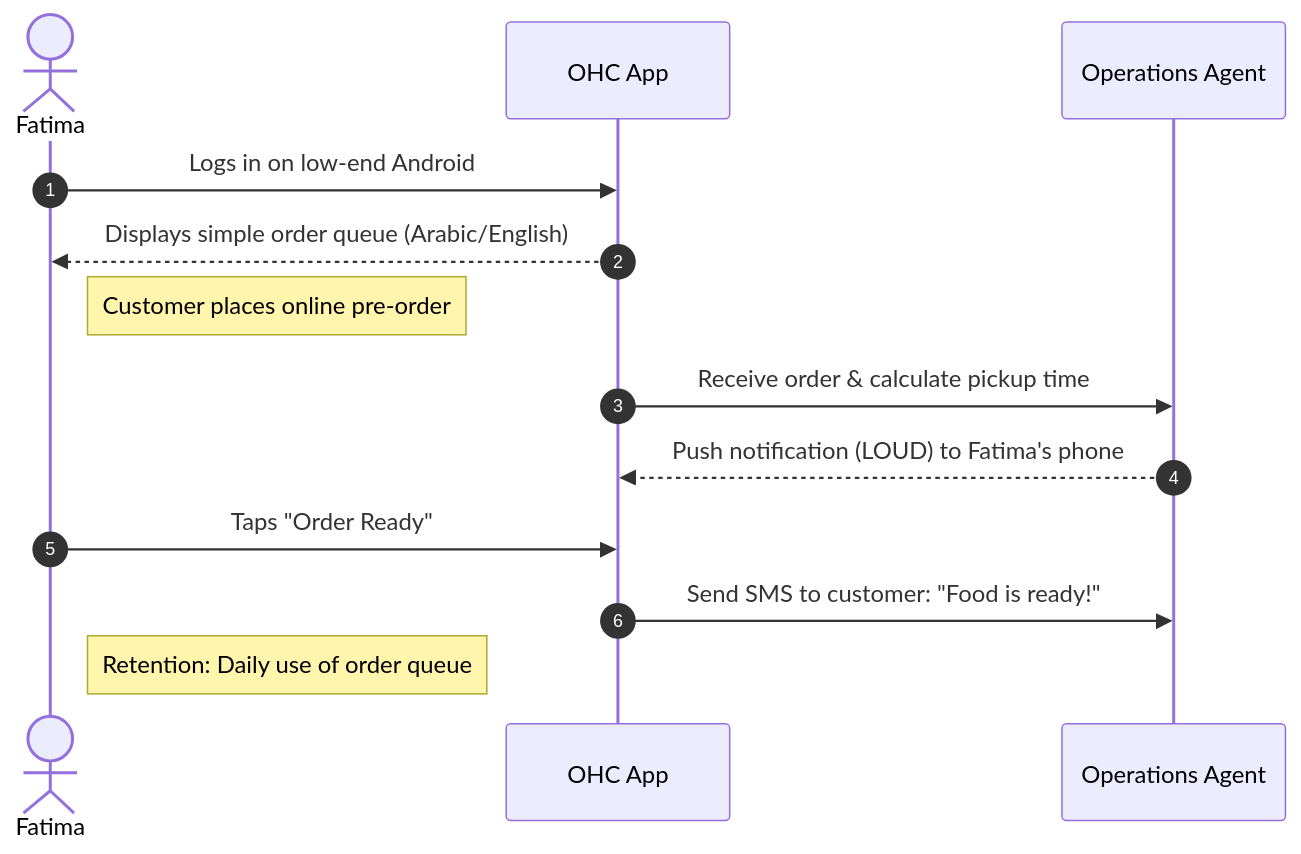
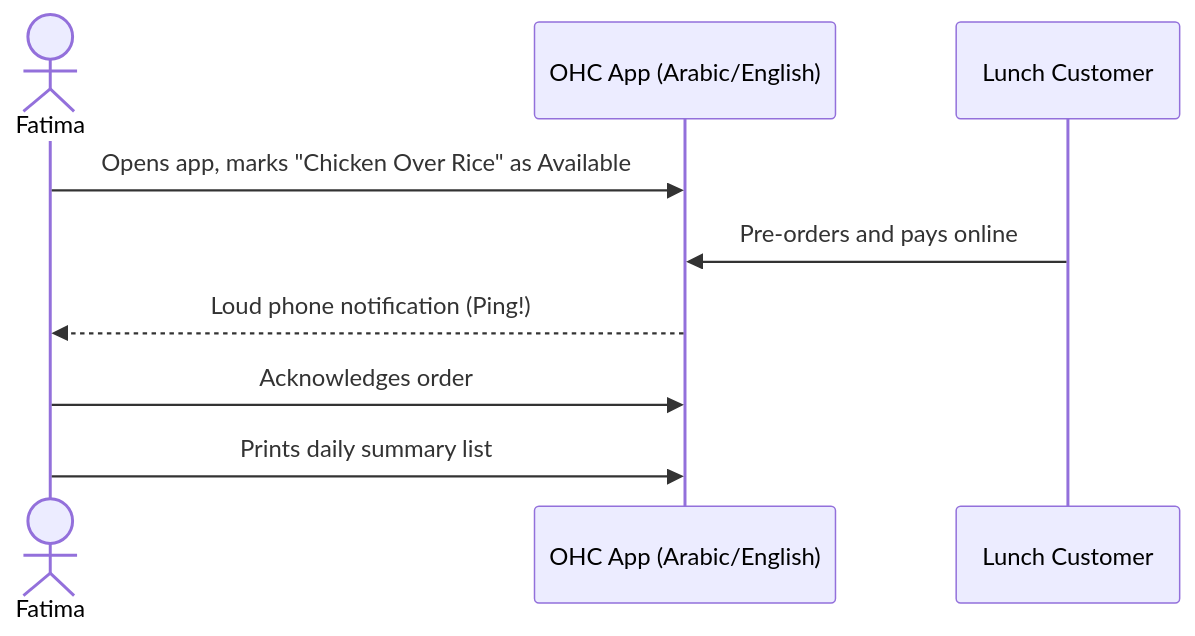
Before and after one commit to omnisolo-llc/onehumancorp: the fifth of 5 diagrams in docs/research/[architecture]_business_journey.md, drawn with Mermaid. The commit also changed other lines of this file and 195 other files, not shown here.

````diff
--- a/docs/research/[architecture]_business_journey.md
+++ b/docs/research/[architecture]_business_journey.md
@@ -133,16 +137,12 @@
 ```mermaid
 sequenceDiagram
-    autonumber
-    actor Fatima as Fatima
-    participant App as OHC App
-    participant Ops as Operations Agent
+    actor Fatima
+    participant OHC as OHC App (Arabic/English)
+    participant Customer as Lunch Customer
 
-    Fatima->>App: Logs in on low-end Android
-    App-->>Fatima: Displays simple order queue (Arabic/English)
-    note right of Fatima: Customer places online pre-order
-    App->>Ops: Receive order & calculate pickup time
-    Ops-->>App: Push notification (LOUD) to Fatima's phone
-    Fatima->>App: Taps "Order Ready"
-    App->>Ops: Send SMS to customer: "Food is ready!"
-    note right of Fatima: Retention: Daily use of order queue
+    Fatima->>OHC: Opens app, marks "Chicken Over Rice" as Available
+    Customer->>OHC: Pre-orders and pays online
+    OHC-->>Fatima: Loud phone notification (Ping!)
+    Fatima->>OHC: Acknowledges order
+    Fatima->>OHC: Prints daily summary list
 ```
````
